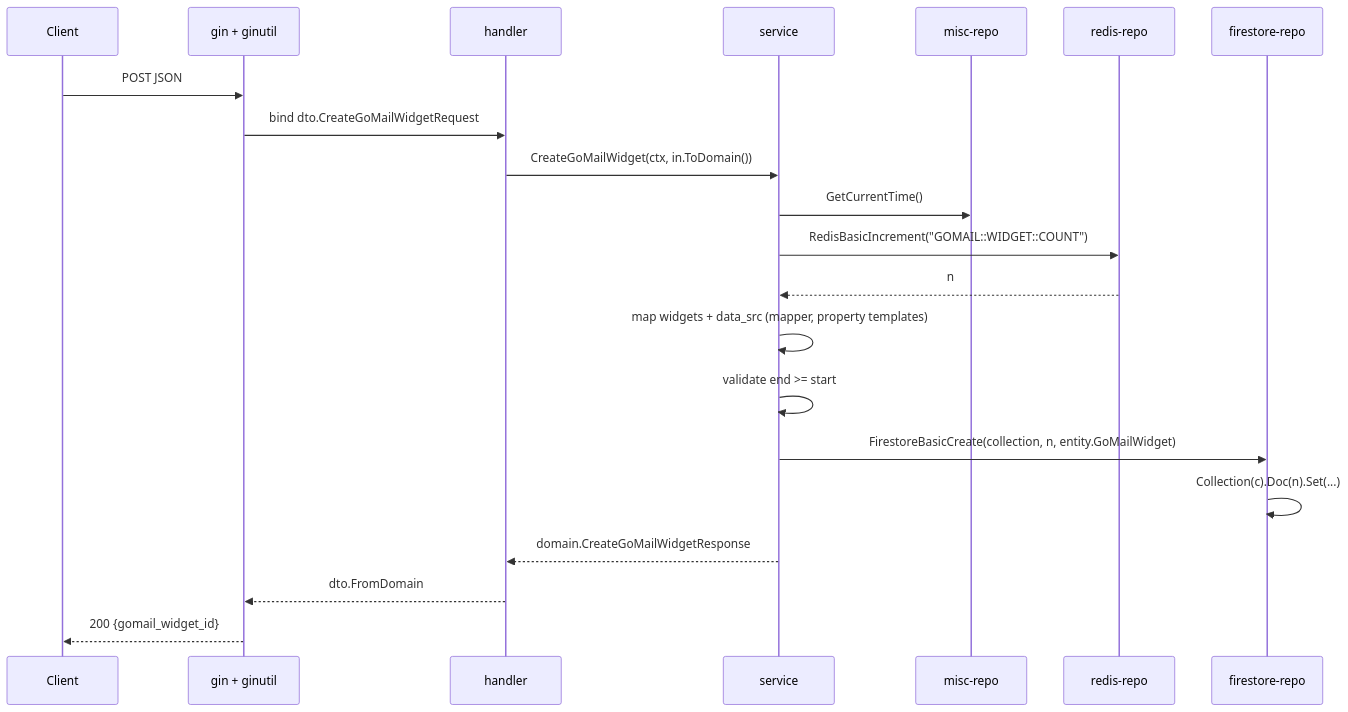
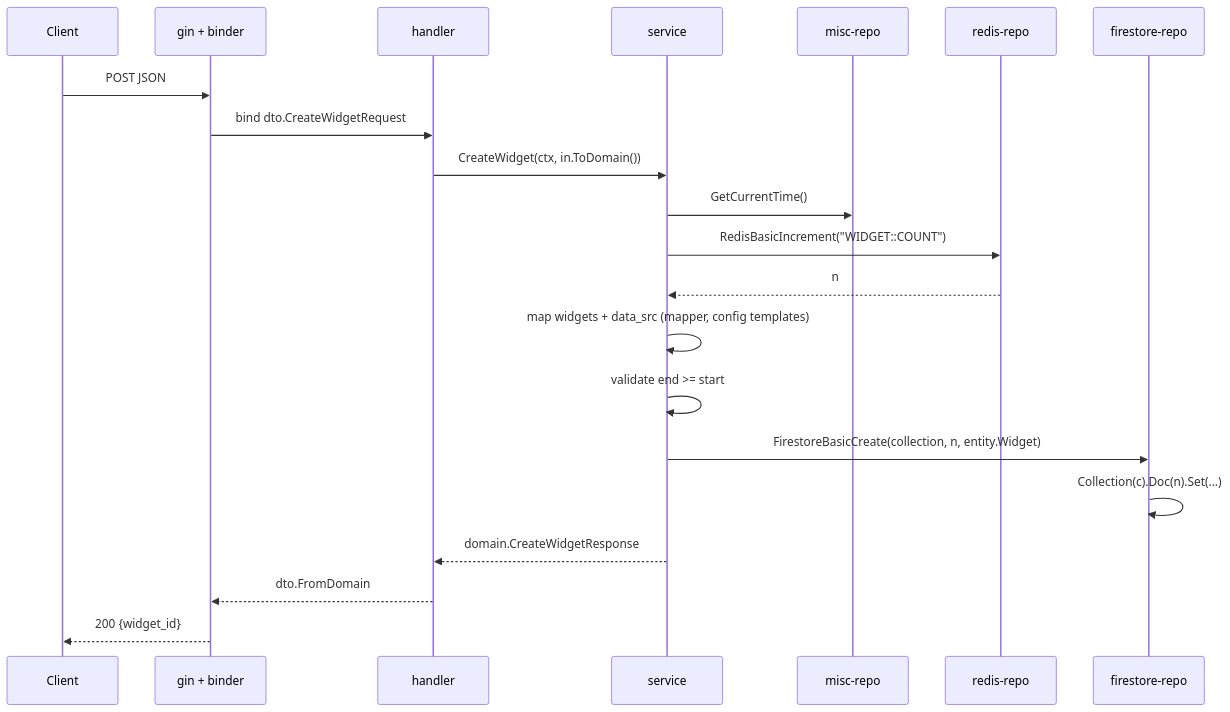
Before and after one commit to kritpi/scaffold-golang: the second of 3 diagrams in docs/convention/00-source-analysis.md, drawn with Mermaid. The commit also changed other lines of this file and 1 other file, not shown here.

````diff
--- a/docs/convention/00-source-analysis.md
+++ b/docs/convention/00-source-analysis.md
@@ -101,23 +99,23 @@
 ```mermaid
 sequenceDiagram
   participant C as Client
-  participant G as gin + ginutil
+  participant G as gin + binder
   participant H as handler
   participant S as service
   participant M as misc-repo
   participant R as redis-repo
   participant F as firestore-repo
   C->>G: POST JSON
-  G->>H: bind dto.CreateGoMailWidgetRequest
-  H->>S: CreateGoMailWidget(ctx, in.ToDomain())
+  G->>H: bind dto.CreateWidgetRequest
+  H->>S: CreateWidget(ctx, in.ToDomain())
   S->>M: GetCurrentTime()
-  S->>R: RedisBasicIncrement("GOMAIL::WIDGET::COUNT")
+  S->>R: RedisBasicIncrement("WIDGET::COUNT")
   R-->>S: n
-  S->>S: map widgets + data_src (mapper, property templates)
+  S->>S: map widgets + data_src (mapper, config templates)
   S->>S: validate end >= start
-  S->>F: FirestoreBasicCreate(collection, n, entity.GoMailWidget)
+  S->>F: FirestoreBasicCreate(collection, n, entity.Widget)
   F->>F: Collection(c).Doc(n).Set(...)
-  S-->>H: domain.CreateGoMailWidgetResponse
+  S-->>H: domain.CreateWidgetResponse
   H-->>G: dto.FromDomain
-  G-->>C: 200 {gomail_widget_id}
+  G-->>C: 200 {widget_id}
 ```
````
